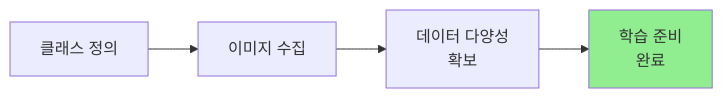
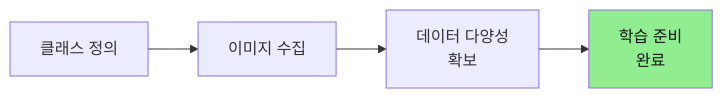
The third of 16 diagrams in docs/07_앱인벤터_Teachable_Machine_연동가이드.md (Collegenie-X/Smart_Factory_Arms_Project), drawn with Mermaid before and after one commit. The commit also changed other lines of this file and 2 other files, not shown here.

````diff
--- a/docs/07_앱인벤터_Teachable_Machine_연동가이드.md
+++ b/docs/07_앱인벤터_Teachable_Machine_연동가이드.md
@@ -136,8 +136,8 @@
 ```mermaid
 graph LR
     A[클래스 정의] --> B[이미지 수집]
     B --> C[데이터 다양성<br/>확보]
     C --> D[학습 준비<br/>완료]
     
-    style D fill:#90EE90
+    style D fill:#90EE90,color:#111
 ```
````
